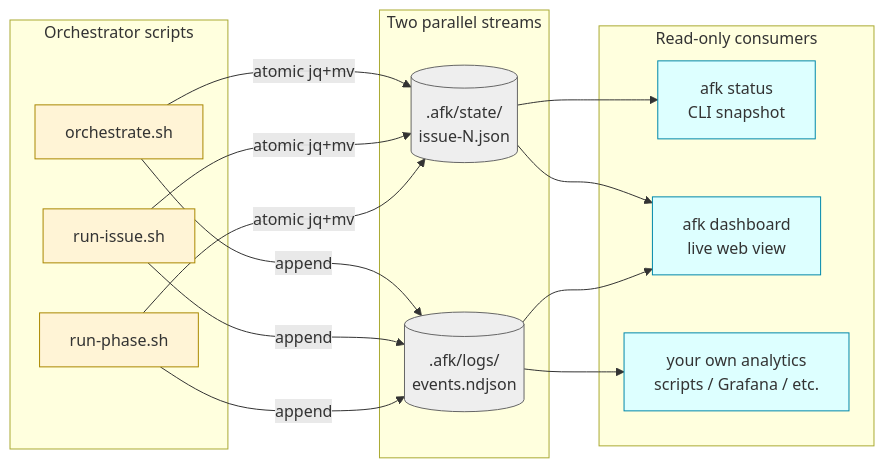
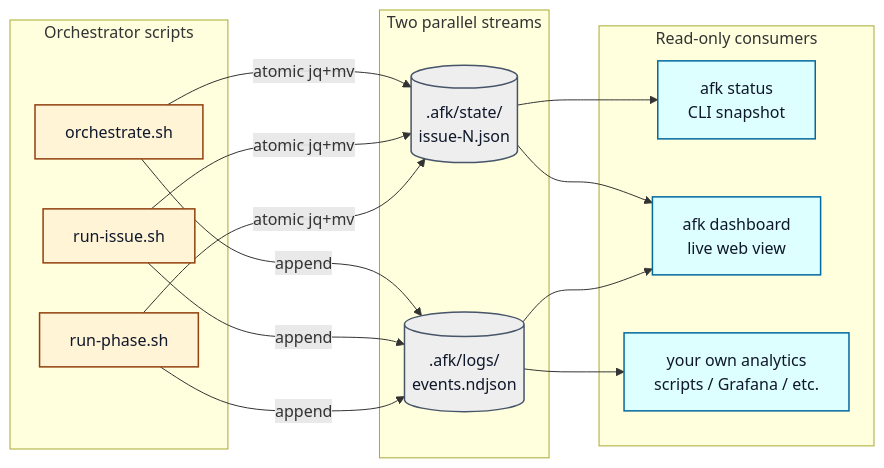
The seventh of 7 diagrams in docs/ARCHITECTURE.md (Mo-Tamim/afk-agent), drawn with Mermaid before and after one commit. The commit also changed other lines of this file and 4 other files, not shown here.

````diff
--- a/docs/ARCHITECTURE.md
+++ b/docs/ARCHITECTURE.md
@@ -214,31 +214,31 @@
 ```mermaid
 flowchart LR
   subgraph Scripts[Orchestrator scripts]
     O[orchestrate.sh]
     RI[run-issue.sh]
     RP[run-phase.sh]
   end
   subgraph Streams[Two parallel streams]
     S[(.afk/state/<br/>issue-N.json)]
     E[(.afk/logs/<br/>events.ndjson)]
   end
   subgraph Readers[Read-only consumers]
     Status[afk status<br/>CLI snapshot]
     Dash[afk dashboard<br/>live web view]
     Custom[your own analytics<br/>scripts / Grafana / etc.]
   end
 
   O & RI & RP -- atomic jq+mv --> S
   O & RI & RP -- append --> E
   S --> Status
   S --> Dash
   E --> Dash
   E --> Custom
 
-  classDef script fill:#fff4d6,stroke:#a80;
-  classDef stream fill:#eee,stroke:#666;
-  classDef reader fill:#dff,stroke:#08a;
+  classDef script fill:#fff4d6,stroke:#92400e,color:#0f172a,stroke-width:1.5px;
+  classDef stream fill:#eee,stroke:#475569,color:#0f172a,stroke-width:1.5px;
+  classDef reader fill:#dff,stroke:#0369a1,color:#0f172a,stroke-width:1.5px;
   class O,RI,RP script
   class S,E stream
   class Status,Dash,Custom reader
 ```
````
